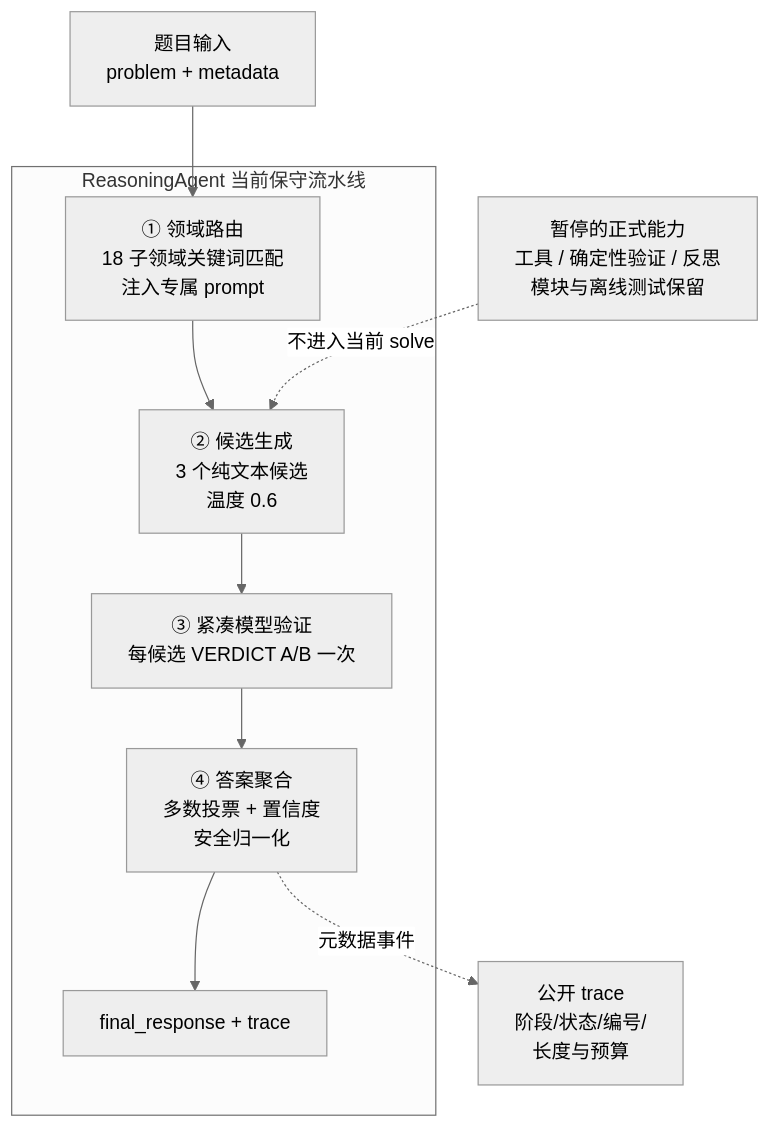
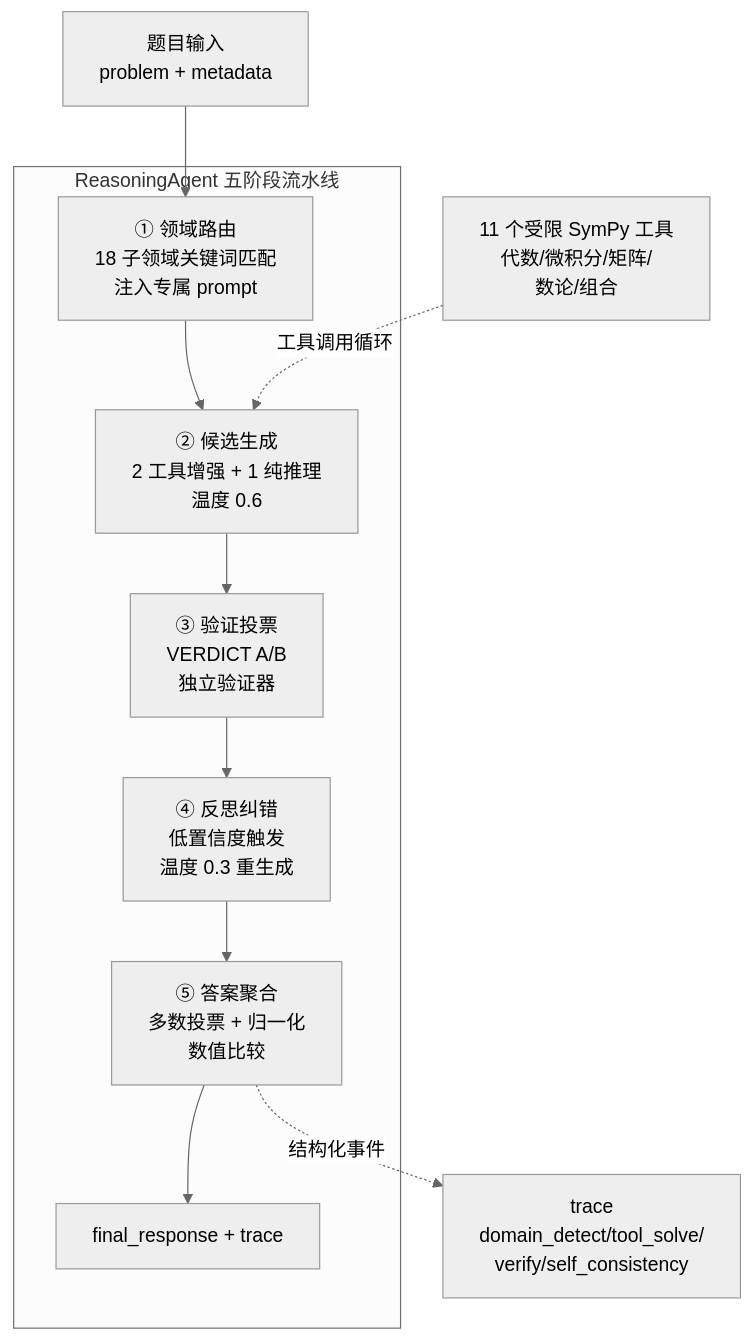
The diagram in 技术报告.md (huangchen725/math_agent), drawn with Mermaid (neutral theme) before and after one commit. The commit also changed other lines of this file and 129 other files, not shown here.

````diff
--- a/技术报告.md
+++ b/技术报告.md
@@ -13,13 +13,14 @@
 ```mermaid
 flowchart TB
     P["题目输入<br/>problem + metadata"] --> L1
-    subgraph Agent["ReasoningAgent 当前保守流水线"]
+    subgraph Agent["ReasoningAgent 五阶段流水线"]
         L1["① 领域路由<br/>18 子领域关键词匹配<br/>注入专属 prompt"] --> L2
-        L2["② 候选生成<br/>3 个纯文本候选<br/>温度 0.6"] --> L3
-        L3["③ 紧凑模型验证<br/>每候选 VERDICT A/B 一次"] --> L4
-        L4["④ 答案聚合<br/>多数投票 + 置信度<br/>安全归一化"] --> O
+        L2["② 候选生成<br/>2 工具增强 + 1 纯推理<br/>温度 0.6"] --> L3
+        L3["③ 验证投票<br/>VERDICT A/B<br/>独立验证器"] --> L4
+        L4["④ 反思纠错<br/>低置信度触发<br/>温度 0.3 重生成"] --> L5
+        L5["⑤ 答案聚合<br/>多数投票 + 归一化<br/>数值比较"] --> O
     end
-    T["暂停的正式能力<br/>工具 / 确定性验证 / 反思<br/>模块与离线测试保留"] -.不进入当前 solve.-> L2
-    L4 -.元数据事件.-> TR["公开 trace<br/>阶段/状态/编号/<br/>长度与预算"]
+    T["11 个受限 SymPy 工具<br/>代数/微积分/矩阵/<br/>数论/组合"] -.工具调用循环.-> L2
+    L5 -.结构化事件.-> TR["trace<br/>domain_detect/tool_solve/<br/>verify/self_consistency"]
     O["final_response + trace"]
 ```
````
